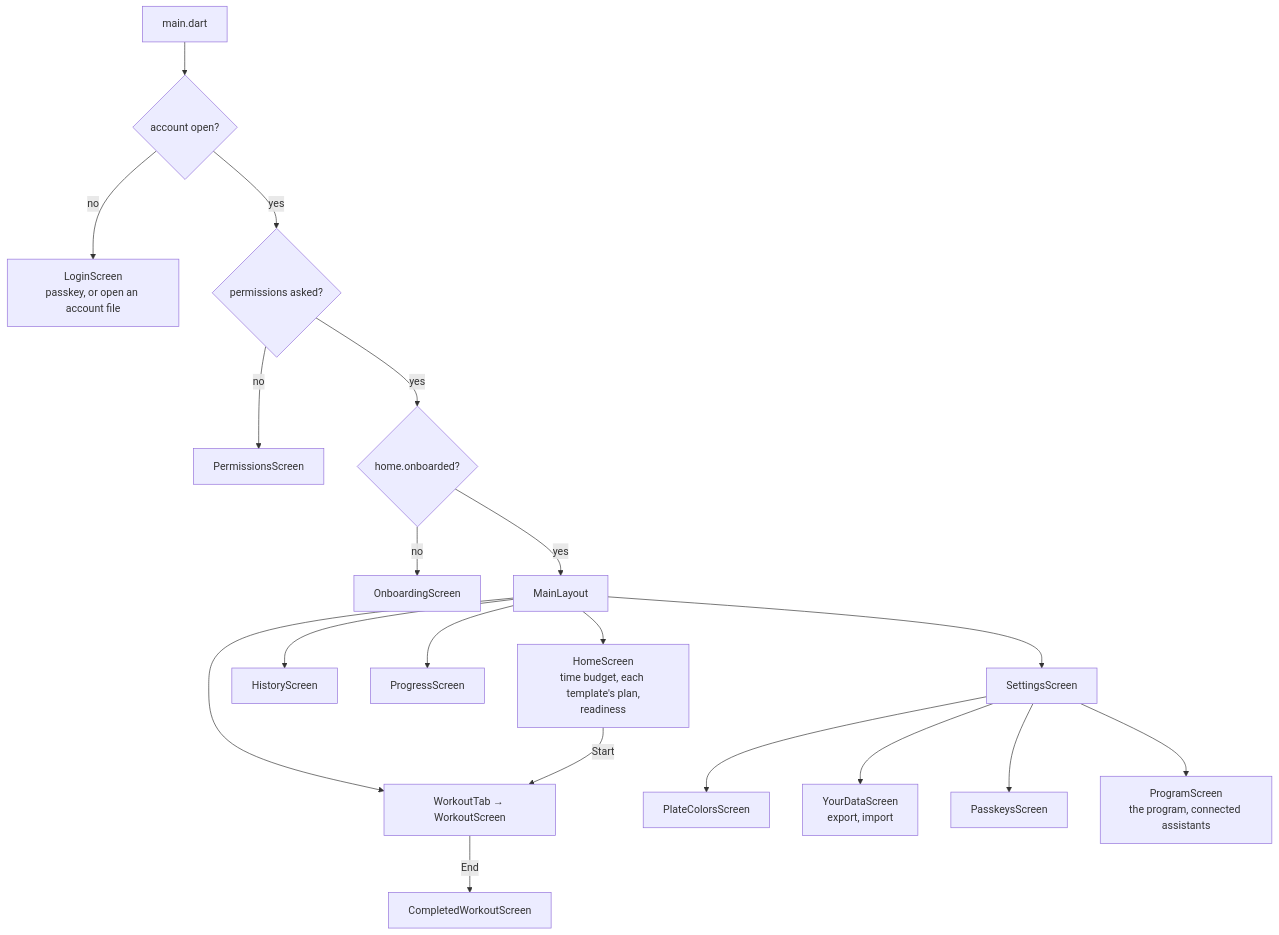
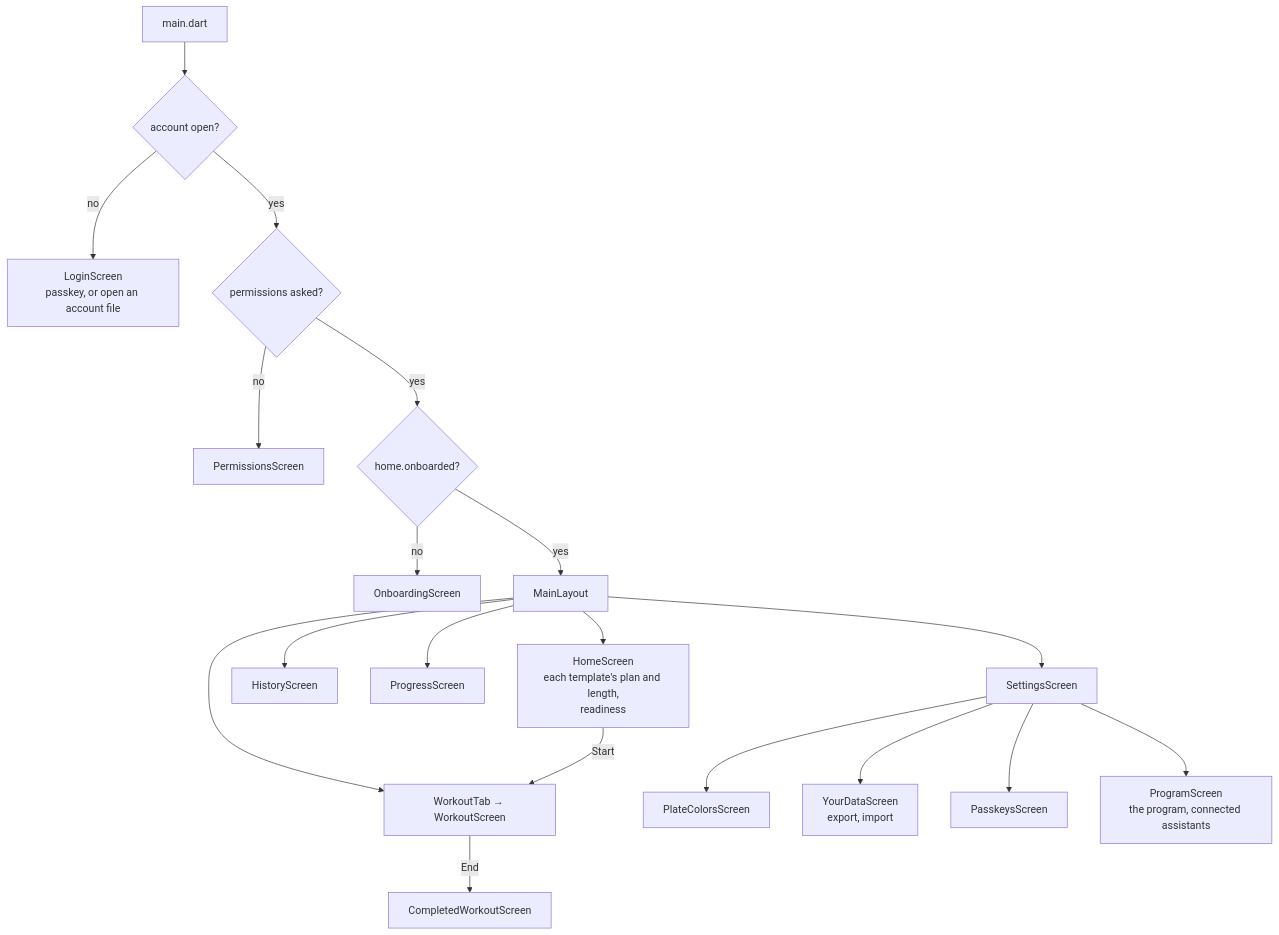
Before and after one commit to brensch/lift: the fifth of 6 diagrams in docs/architecture/app.md, drawn with Mermaid. The commit also changed other lines of this file and 32 other files, not shown here.

First line of the commit message:
Drop the time budget: a lift's sets are the program's

````diff
--- a/docs/architecture/app.md
+++ b/docs/architecture/app.md
@@ -173,23 +173,23 @@
 ```mermaid
 graph TD
     boot["main.dart"] --> auth{"account open?"}
     auth -->|no| login["LoginScreen<br/>passkey, or open an account file"]
     auth -->|yes| perms{"permissions asked?"}
     perms -->|no| permissions["PermissionsScreen"]
     perms -->|yes| onb{"home.onboarded?"}
     onb -->|no| onboarding["OnboardingScreen"]
     onb -->|yes| shell["MainLayout"]
 
-    shell --> home["HomeScreen<br/>time budget, each template's plan,<br/>readiness"]
+    shell --> home["HomeScreen<br/>each template's plan and length,<br/>readiness"]
     shell --> workout["WorkoutTab → WorkoutScreen"]
     shell --> history["HistoryScreen"]
     shell --> progress["ProgressScreen"]
     shell --> settings["SettingsScreen"]
 
     home -->|"Start"| workout
     workout -->|"End"| completed["CompletedWorkoutScreen"]
     settings --> plates["PlateColorsScreen"]
     settings --> data["YourDataScreen<br/>export, import"]
     settings --> passkeys["PasskeysScreen"]
     settings --> program["ProgramScreen<br/>the program, connected assistants"]
 ```
````
